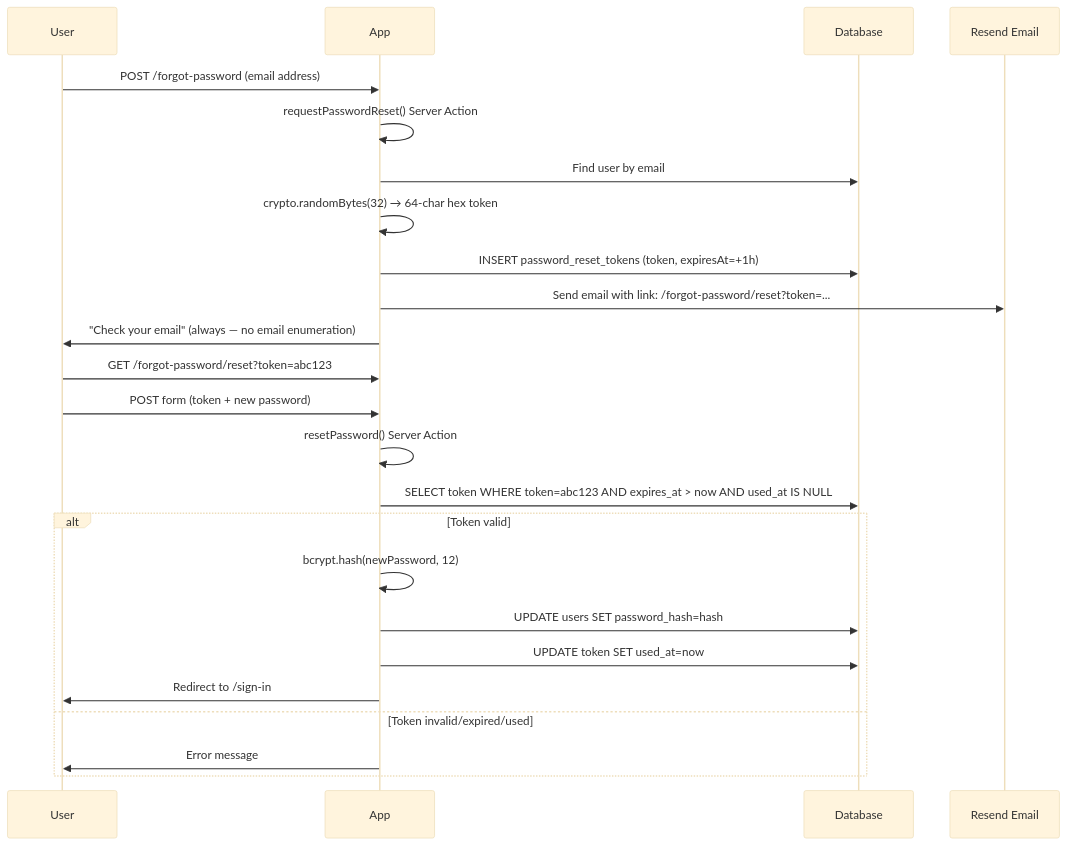
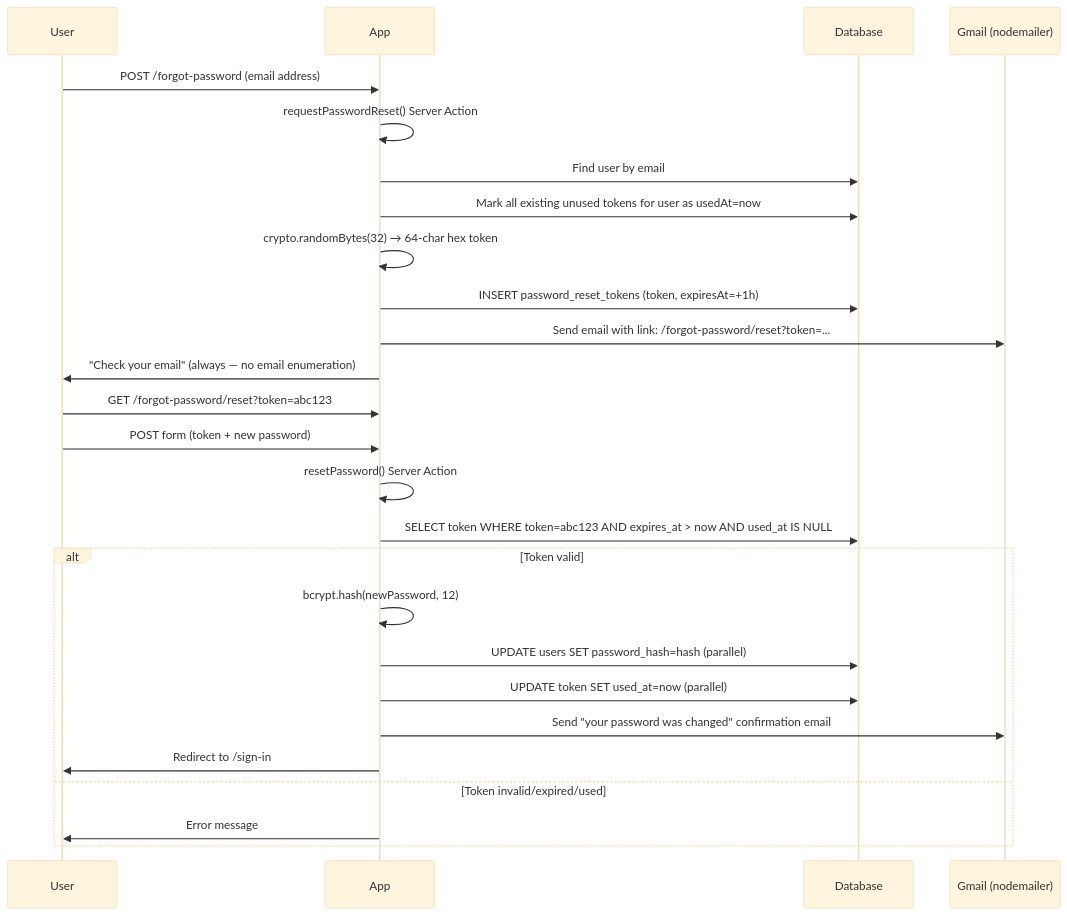
One commit to edgarfrancisco2022/turtleiq changed the third of 3 diagrams in architecture/04-authentication.md. Above: the diagram before and after it, drawn with Mermaid (base theme). The commit also changed other lines of this file and 12 other files, not shown here.

````diff
--- a/architecture/04-authentication.md
+++ b/architecture/04-authentication.md
@@ -318,28 +318,30 @@
 ```mermaid
 sequenceDiagram
     participant User
     participant App
     participant DB as Database
-    participant Email as Resend Email
+    participant Email as Gmail (nodemailer)
 
     User->>App: POST /forgot-password (email address)
     App->>App: requestPasswordReset() Server Action
     App->>DB: Find user by email
+    App->>DB: Mark all existing unused tokens for user as usedAt=now
     App->>App: crypto.randomBytes(32) → 64-char hex token
     App->>DB: INSERT password_reset_tokens (token, expiresAt=+1h)
     App->>Email: Send email with link: /forgot-password/reset?token=...
     App->>User: "Check your email" (always — no email enumeration)
 
     User->>App: GET /forgot-password/reset?token=abc123
     User->>App: POST form (token + new password)
     App->>App: resetPassword() Server Action
     App->>DB: SELECT token WHERE token=abc123 AND expires_at > now AND used_at IS NULL
     alt Token valid
         App->>App: bcrypt.hash(newPassword, 12)
-        App->>DB: UPDATE users SET password_hash=hash
-        App->>DB: UPDATE token SET used_at=now
+        App->>DB: UPDATE users SET password_hash=hash (parallel)
+        App->>DB: UPDATE token SET used_at=now (parallel)
+        App->>Email: Send "your password was changed" confirmation email
         App->>User: Redirect to /sign-in
     else Token invalid/expired/used
         App->>User: Error message
     end
 ```
````
